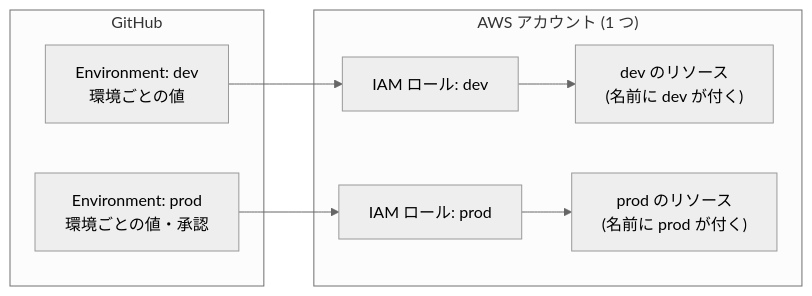
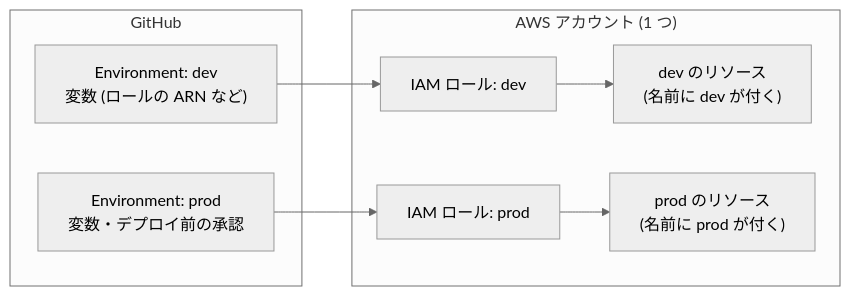
One commit to Inouey1008/family-video changed the second of 3 diagrams in docs/architecture.md. Above: the diagram before and after it, drawn with Mermaid (neutral theme).

Commit message:
docs: 環境の図のラベルを具体的にする

````diff
--- a/docs/architecture.md
+++ b/docs/architecture.md
@@ -61,15 +61,15 @@
 ```mermaid
 flowchart LR
   subgraph GH["GitHub"]
-    ED["Environment: dev<br/>環境ごとの値"]
-    EP["Environment: prod<br/>環境ごとの値・承認"]
+    ED["Environment: dev<br/>変数 (ロールの ARN など)"]
+    EP["Environment: prod<br/>変数・デプロイ前の承認"]
   end
   subgraph AWS["AWS アカウント (1 つ)"]
     RD["IAM ロール: dev"]
     RP["IAM ロール: prod"]
     D["dev のリソース<br/>(名前に dev が付く)"]
     P["prod のリソース<br/>(名前に prod が付く)"]
   end
   ED --> RD --> D
   EP --> RP --> P
 ```
````
